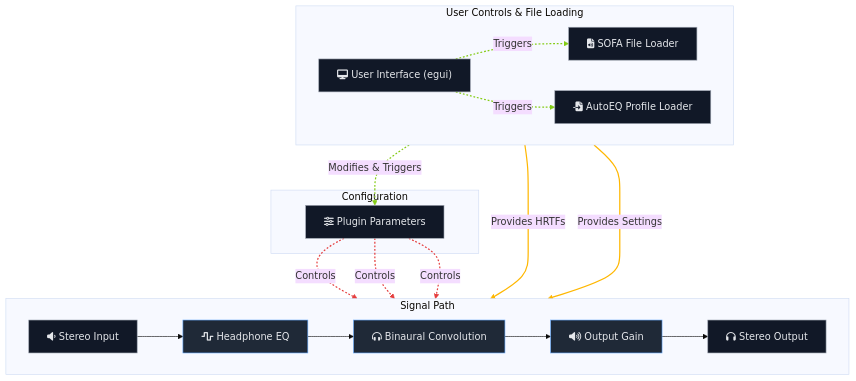
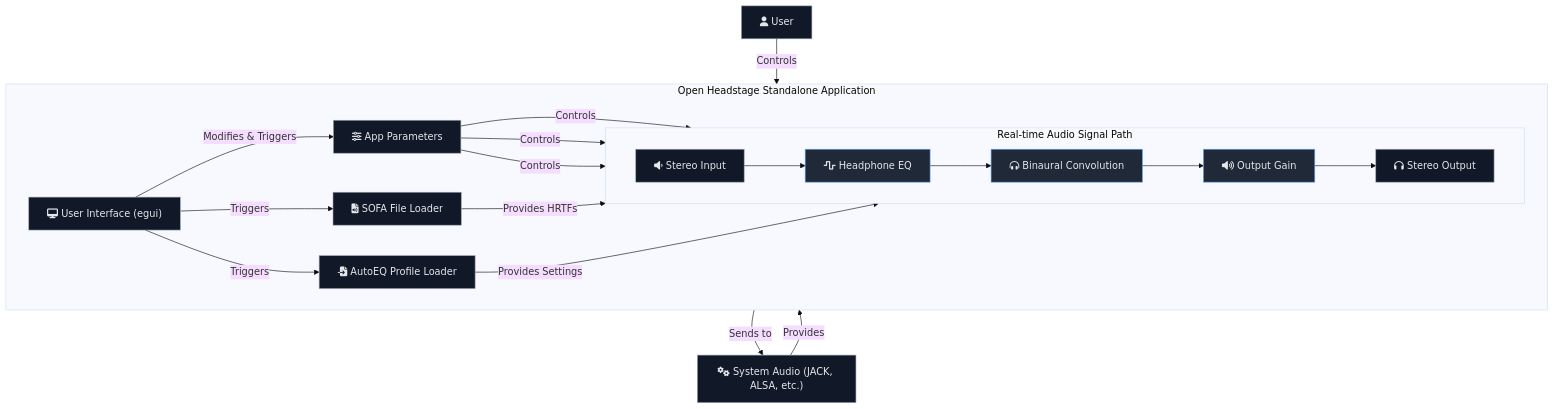
Before and after one commit to KiloHertzian/Open-Headstage: the diagram in README.md, drawn with Mermaid (base theme). The commit also changed other lines of this file and 5 other files, not shown here.

````diff
--- a/README.md
+++ b/README.md
@@ -43,45 +43,44 @@
 ```mermaid
 graph TD
-    %% ---- Control Plane ----
-    subgraph "User Controls & File Loading"
+    %% ---- User and System ----
+    User["fa:fa-user User"]
+    SystemAudio["fa:fa-cogs System Audio (JACK, ALSA, etc.)"]
+
+    %% ---- Application Boundary ----
+    subgraph "Open Headstage Standalone Application"
         direction LR
         UI["fa:fa-desktop User Interface (egui)"]
+        Params["fa:fa-sliders-h App Parameters"]
         SofaLoader["fa:fa-file-audio SOFA File Loader"]
         AutoEqLoader["fa:fa-file-import AutoEQ Profile Loader"]
+
+        subgraph "Real-time Audio Signal Path"
+            direction LR
+            Input["fa:fa-volume-down Stereo Input"] --> EQ["fa:fa-wave-square Headphone EQ"] --> Conv["fa:fa-headphones-alt Binaural Convolution"] --> Gain["fa:fa-volume-up Output Gain"] --> Output["fa:fa-headphones Stereo Output"]
+        end
     end
 
-    subgraph "Configuration"
-        Params["fa:fa-sliders-h Plugin Parameters"]
-    end
-
+    %% ---- Connections ----
+    User -- "Controls" --> UI
     UI -- "Modifies & Triggers" --> Params
     UI -- "Triggers" --> SofaLoader
     UI -- "Triggers" --> AutoEqLoader
 
-    %% ---- Real-time Audio Signal Path ----
-    subgraph "Signal Path"
-        direction LR
-        Input["fa:fa-volume-down Stereo Input"] --> EQ["fa:fa-wave-square Headphone EQ"] --> Conv["fa:fa-headphones-alt Binaural Convolution"] --> Gain["fa:fa-volume-up Output Gain"] --> Output["fa:fa-headphones Stereo Output"]
-    end
-
-    %% ---- Control Connections to Signal Path ----
     Params -- "Controls" --> EQ
     Params -- "Controls" --> Conv
     Params -- "Controls" --> Gain
     SofaLoader -- "Provides HRTFs" --> Conv
     AutoEqLoader -- "Provides Settings" --> EQ
 
+    SystemAudio -- "Provides" --> Input
+    Output -- "Sends to" --> SystemAudio
+
     %% ---- Styling ----
     classDef dsp fill:#1f2937,stroke:#60a5fa,color:#e5e7eb
     classDef io fill:#111827,stroke:#9ca3af,color:#e5e7eb
     classDef control fill:#111827,stroke:#9ca3af,color:#e5e7eb
 
-    class Input,Output io
+    class Input,Output,SystemAudio io
     class EQ,Conv,Gain dsp
-    class UI,Params,SofaLoader,AutoEqLoader control
-
-    %% ---- Link Styling ----
-    linkStyle 0,1,2 stroke:#84cc16,stroke-width:2px,stroke-dasharray: 3 3
-    linkStyle 7,8,9 stroke:#e53e3e,stroke-width:2px,stroke-dasharray: 3 3
-    linkStyle 10,11 stroke:#ffb700,stroke-width:2px
+    class UI,Params,SofaLoader,AutoEqLoader,User control
 ```
````
